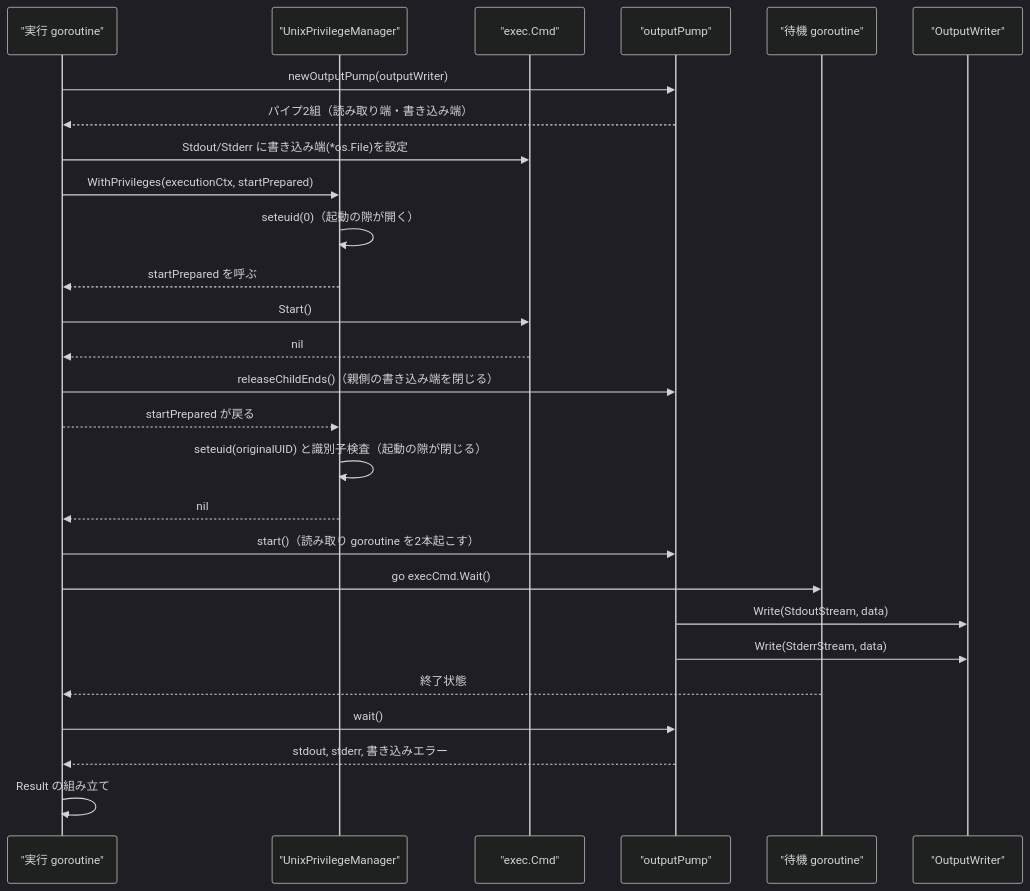
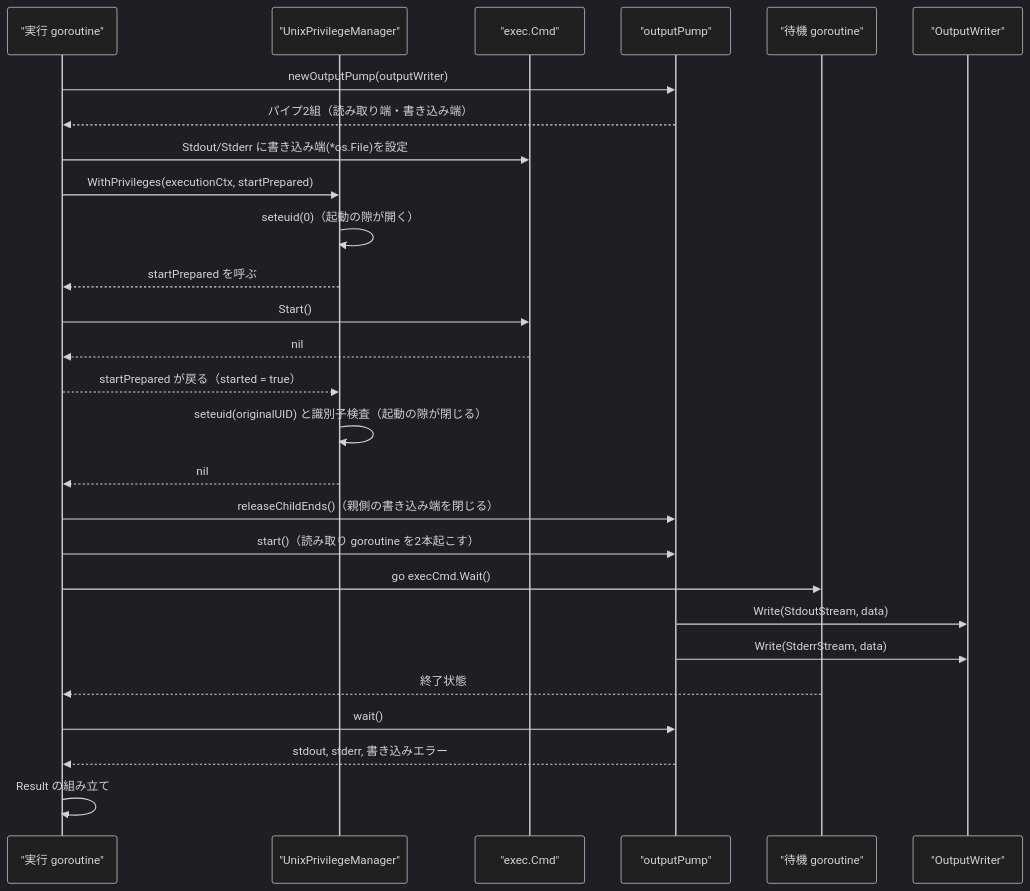
The seventh of 13 diagrams in docs/tasks/0171_privilege_gap_narrowing/02_architecture.md (isseis/go-safe-cmd-runner), drawn with Mermaid (dark theme) before and after one commit. The commit also changed other lines of this file, not shown here.

First line of the commit message:
docs(0171): fix design defects found in architecture review

````diff
--- a/docs/tasks/0171_privilege_gap_narrowing/02_architecture.md
+++ b/docs/tasks/0171_privilege_gap_narrowing/02_architecture.md
@@ -308,30 +309,30 @@
 ```mermaid
 sequenceDiagram
     participant EX as "実行 goroutine"
     participant PM as "UnixPrivilegeManager"
     participant CMD as "exec.Cmd"
     participant PUMP as "outputPump"
     participant W as "待機 goroutine"
     participant OW as "OutputWriter"
 
     EX->>PUMP: newOutputPump(outputWriter)
     PUMP-->>EX: パイプ2組（読み取り端・書き込み端）
     EX->>CMD: Stdout/Stderr に書き込み端(*os.File)を設定
     EX->>PM: WithPrivileges(executionCtx, startPrepared)
     PM->>PM: seteuid(0)（起動の隙が開く）
     PM-->>EX: startPrepared を呼ぶ
     EX->>CMD: Start()
     CMD-->>EX: nil
-    EX->>PUMP: releaseChildEnds()（親側の書き込み端を閉じる）
-    EX-->>PM: startPrepared が戻る
+    EX-->>PM: startPrepared が戻る（started = true）
     PM->>PM: seteuid(originalUID) と識別子検査（起動の隙が閉じる）
     PM-->>EX: nil
+    EX->>PUMP: releaseChildEnds()（親側の書き込み端を閉じる）
     EX->>PUMP: start()（読み取り goroutine を2本起こす）
     EX->>W: go execCmd.Wait()
     PUMP->>OW: Write(StdoutStream, data)
     PUMP->>OW: Write(StderrStream, data)
     W-->>EX: 終了状態
     EX->>PUMP: wait()
     PUMP-->>EX: stdout, stderr, 書き込みエラー
     EX->>EX: Result の組み立て
 ```
````
